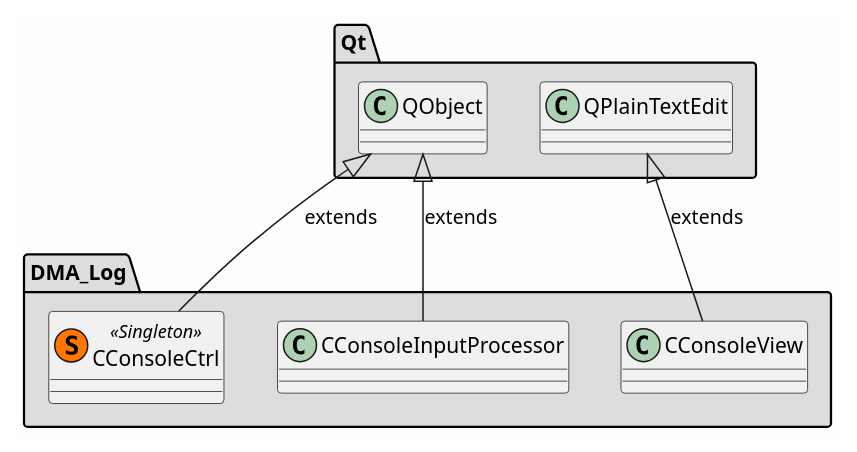
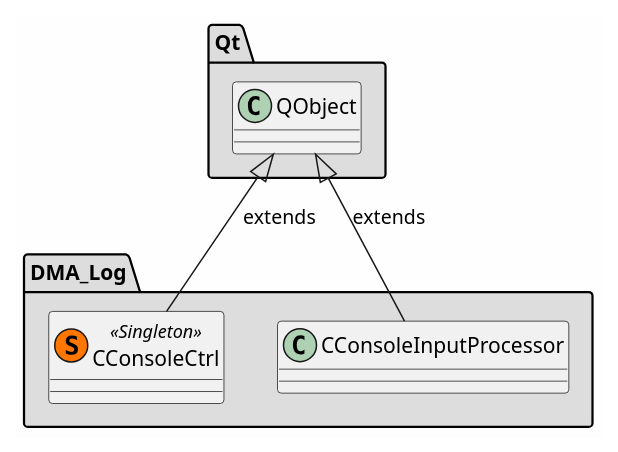
One commit to svlad-90/DLT-Message-Analyzer changed the diagram in md/dev_docs/puml/DMA_Log_standalone.puml. Above: the diagram before and after it, drawn with PlantUML. The commit also changed 57 other files, not shown here.

First line of the commit message:
[ISSUE #111][COMPONENTS] Introduce components architecture in the project

```diff
--- a/md/dev_docs/puml/DMA_Log_standalone.puml
+++ b/md/dev_docs/puml/DMA_Log_standalone.puml
@@ -2,40 +2,31 @@
 @startuml
 
 skinparam backgroundColor #FEFEFE
 skinparam wrapWidth 600
 package "DMA_Log" #DDDDDD
 {
 
 class "CConsoleCtrl"<< (S,#FF7700) Singleton >>
 {
 }
 
 class "CConsoleInputProcessor"
 {
 }
 
-class "CConsoleView"
-{
-}
-
 }
 
 package "Qt" #DDDDDD
 {
 
 class "QObject"
 {
 }
 
-class "QPlainTextEdit"
-{
-}
-
 }
 
 '====================Inheritance section====================
 QObject <|-- CConsoleCtrl : extends
 QObject <|-- CConsoleInputProcessor : extends
-QPlainTextEdit <|-- CConsoleView : extends
 
 @enduml
```
